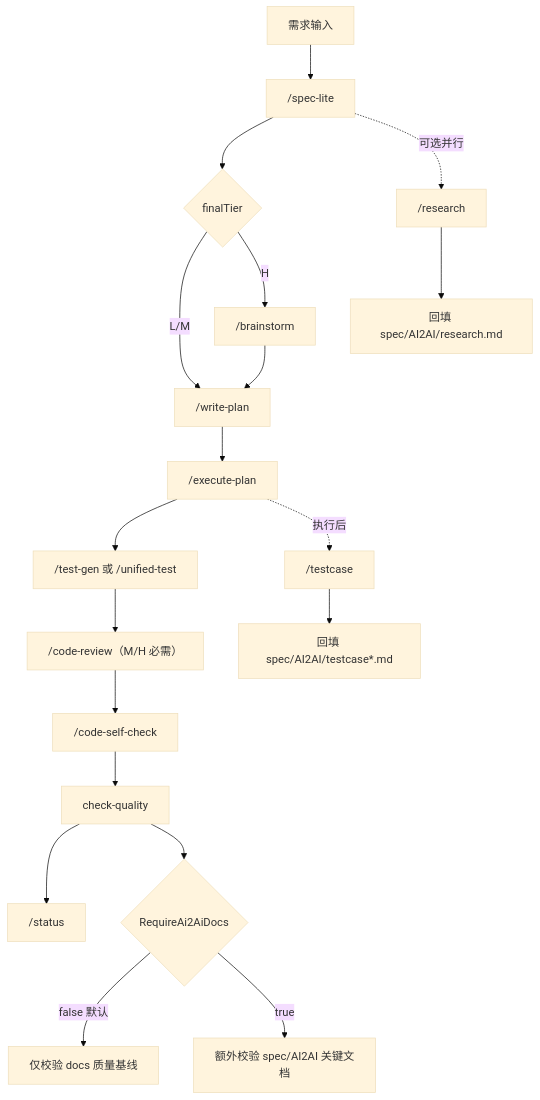
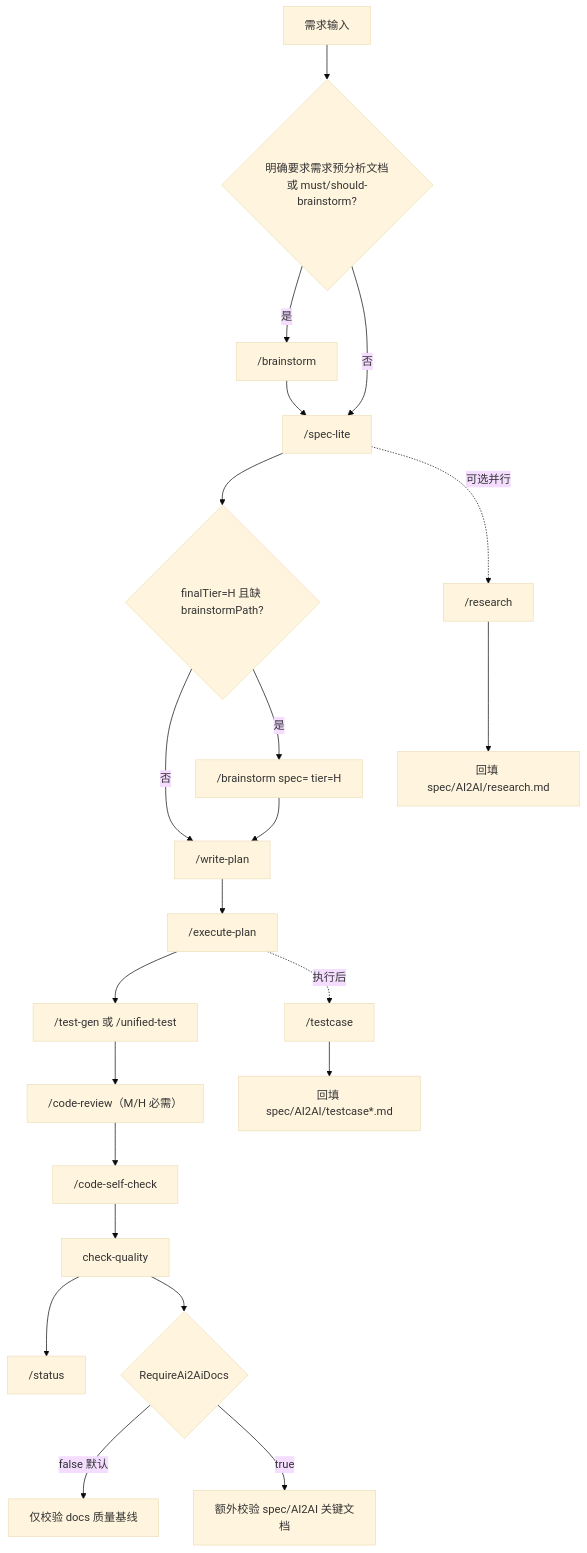
One commit to liujiaxin0010/superpowers-for-codebuddy changed the second of 2 diagrams in README.md. Above: the diagram before and after it, drawn with Mermaid (base theme). The commit also changed other lines of this file and 33 other files, not shown here.

````diff
--- a/README.md
+++ b/README.md
@@ -190,26 +215,29 @@
 ```mermaid
 flowchart TD
-    A0[需求输入] --> A1["/spec-lite"]
-    A1 --> A2{finalTier}
+    A0[需求输入] --> A00{明确要求需求预分析文档<br/>或 must/should-brainstorm?}
+    A00 -->|是| A01["/brainstorm"]
+    A00 -->|否| A1["/spec-lite"]
+    A01 --> A1
+    A1 --> A2{finalTier=H 且缺 brainstormPath?}
 
-    A2 -->|L/M| A3["/write-plan"]
-    A2 -->|H| A4["/brainstorm"]
+    A2 -->|否| A3["/write-plan"]
+    A2 -->|是| A4["/brainstorm spec=<specPath> tier=H"]
     A4 --> A3
 
     A3 --> A5["/execute-plan"]
     A5 --> A6["/test-gen 或 /unified-test"]
     A6 --> A7["/code-review（M/H 必需）"]
     A7 --> A8["/code-self-check"]
     A8 --> A9[check-quality]
     A9 --> A10["/status"]
 
     A1 -.可选并行.-> B1["/research"]
     A5 -.执行后.-> B2["/testcase"]
 
     B1 --> B3[回填 spec/AI2AI/research.md]
     B2 --> B4[回填 spec/AI2AI/testcase*.md]
 
     A9 --> C1{RequireAi2AiDocs}
     C1 -->|false 默认| C2[仅校验 docs 质量基线]
     C1 -->|true| C3[额外校验 spec/AI2AI 关键文档]
 ```
````
